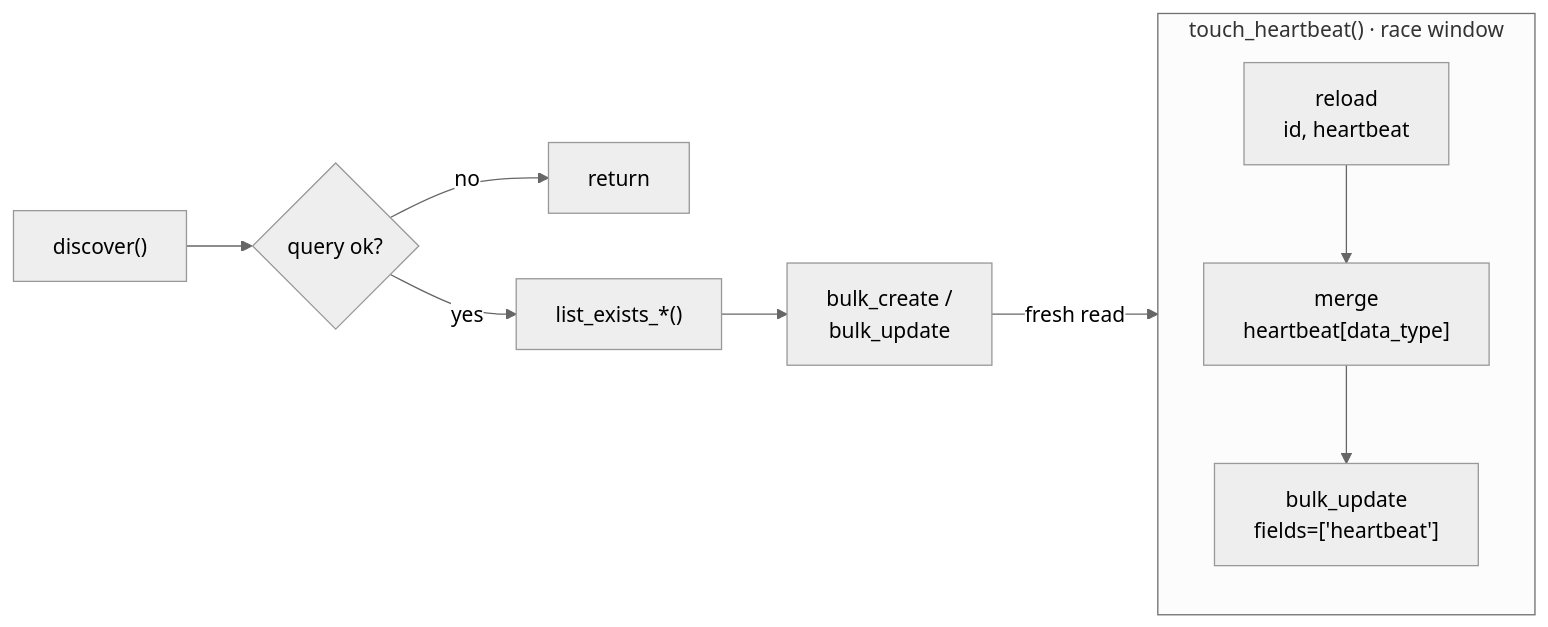
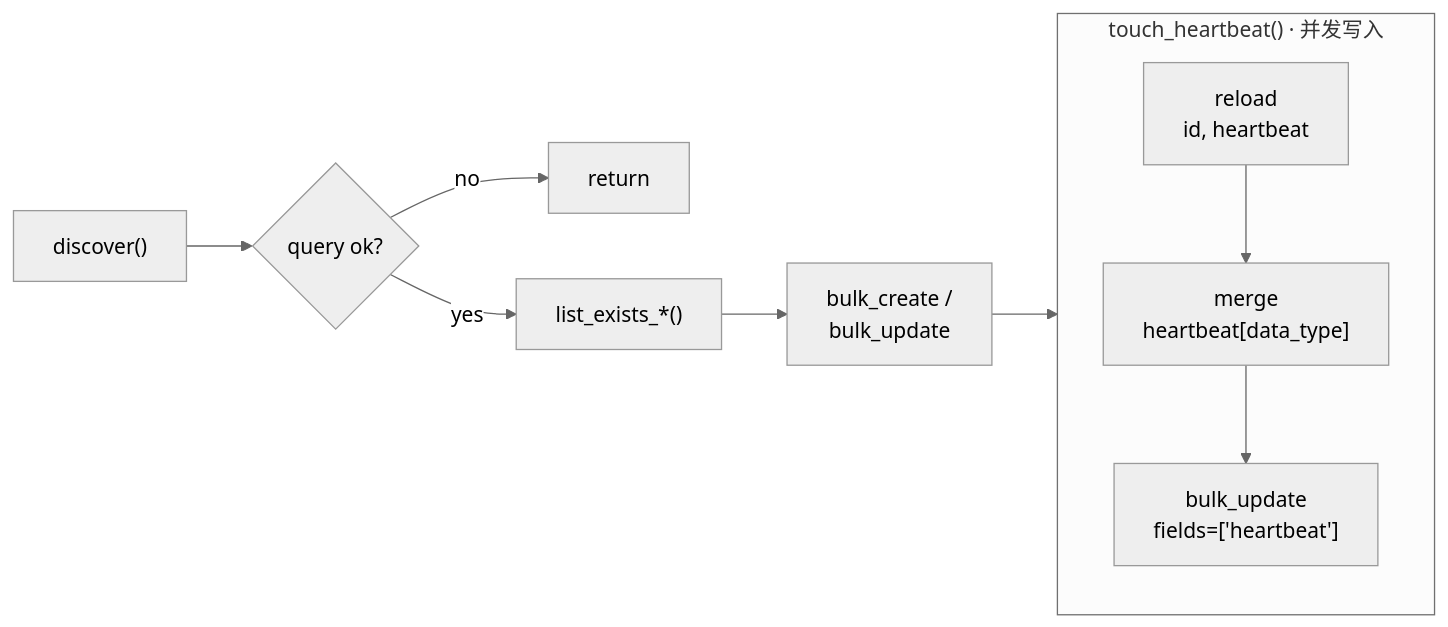
One commit to ZhuoZhuoCrayon/ai-workspace changed the second of 2 diagrams in knowledge/bkmonitor/issues/2026-09-16-apm-service-data-status-heartbeat/PLAN.md. Above: the diagram before and after it, drawn with Mermaid (neutral theme). The commit also changed other lines of this file and 4 other files, not shown here.

````diff
--- a/knowledge/bkmonitor/issues/2026-09-16-apm-service-data-status-heartbeat/PLAN.md
+++ b/knowledge/bkmonitor/issues/2026-09-16-apm-service-data-status-heartbeat/PLAN.md
@@ -286,14 +220,14 @@
 ```mermaid
 flowchart LR
     A["discover()"] --> B{"query ok?"}
     B -- no --> X["return"]
     B -- yes --> C["list_exists_*()"]
     C --> D["bulk_create /<br/>bulk_update"]
-    D -->|"fresh read"| E
+    D --> E
 
-    subgraph T["touch_heartbeat() · race window"]
+    subgraph T["touch_heartbeat() · 并发写入"]
         direction TB
         E["reload<br/>id, heartbeat"] --> F["merge<br/>heartbeat[data_type]"]
         F --> G["bulk_update<br/>fields=['heartbeat']"]
     end
 ```
````
